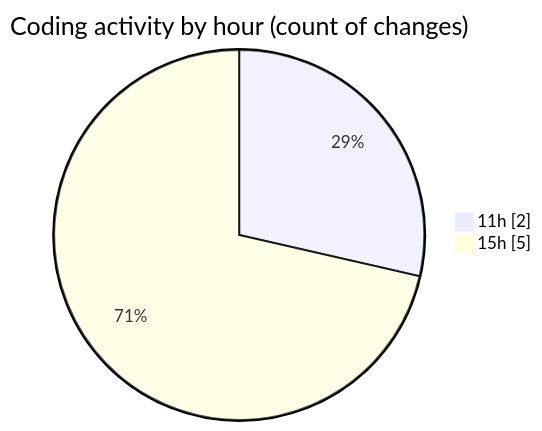
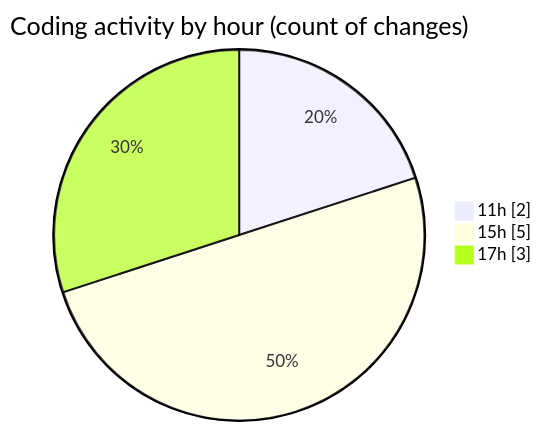
The second of 2 diagrams in 2026-10-13/untitled__workspace_/README.md (debugP/code-tracking), drawn with Mermaid before and after one commit. The commit also changed other lines of this file and 1 other file, not shown here.

````diff
--- a/2026-10-13/untitled__workspace_/README.md
+++ b/2026-10-13/untitled__workspace_/README.md
@@ -30,6 +31,7 @@
 ```mermaid
 pie showData
 title Coding activity by hour (count of changes)
 "11h" : 2
 "15h" : 5
+"17h" : 3
 ```
````
